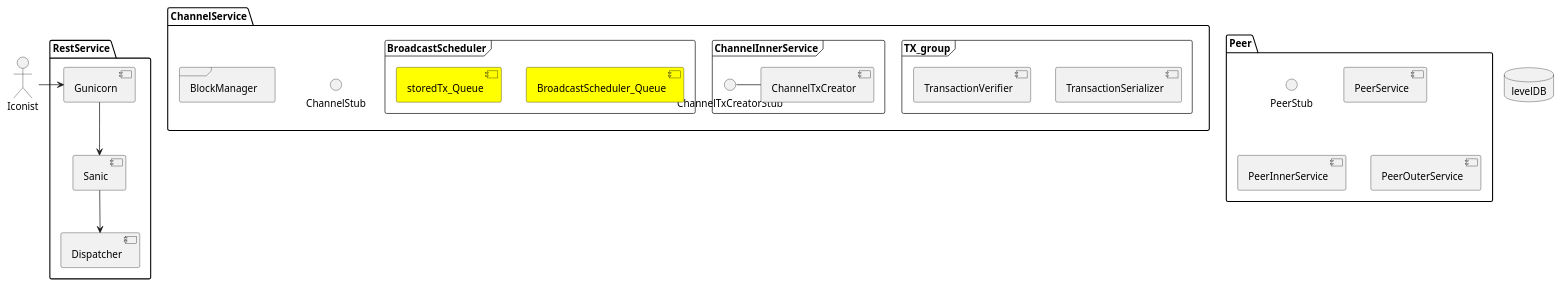
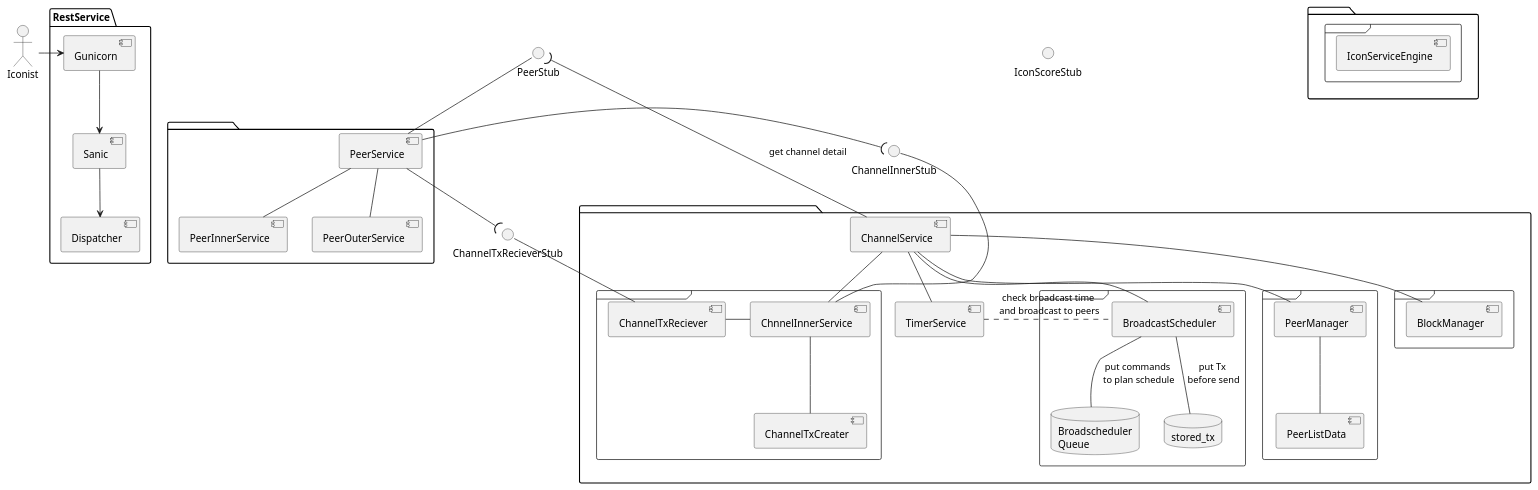
Before and after one commit to metalg0su/studies: the diagram in diagrams/relations/relations-summary.puml, drawn with PlantUML.

Commit message:
[feature/relations] done #113
 - understanding Broadscheduler relations
 - on-going #103

```diff
--- a/diagrams/relations/relations-summary.puml
+++ b/diagrams/relations/relations-summary.puml
@@ -1,145 +1,199 @@
 @startuml
+
+'legend
+'    |= Color |= Type |= Description |
+'    | <size:11><back:#Crimson>           </back></size>|    <&arrow-right> | Example 1 |
+'    | <size:11><back:#LightSeaGreen>           </back></size>|    <&arrow-right> | Example 2 |
+'    | <size:11><back:#DarkGreen>           </back></size>|    <&arrow-right> | Example 3 |
+'    | <size:11><back:#YellowGreen>           </back></size>|    <&box> | Example 4 |
+'    | <size:11><back:#Chocolate>           </back></size>|    <&box> | Example 5 |
+'endlegend
 
 actor Iconist as user
 
 package "RestService" {
     user -right-> [Gunicorn]
     [Gunicorn] -down-> [Sanic]
     [Sanic] -down-> [Dispatcher]
 }
 
-database levelDB
-
-package "Peer" {
-    () PeerStub
-    ' todo: frame or component. will be decided by passing times.
+' Peer
+() PeerStub
+package {
     [PeerService]
-    [PeerInnerService]
-    [PeerOuterService]
+    PeerStub -down- [PeerService]
+    [PeerService] -down- [PeerInnerService]
+    [PeerService] -down- [PeerOuterService]
 }
 
+' Channel
+package {
+        [PeerStub] )-down- [ChannelService]: get channel detail
+        [ChannelService]
+        [ChannelService] -down- [TimerService]
 
-    package "ChannelService" {
-        () ChannelStub
-        frame TX_group {
-            [TransactionSerializer]
-            [TransactionVerifier]
+        ' ChannelInnerService
+        frame {
+            [ChannelService] -down- [ChnnelInnerService]
+            [ChnnelInnerService] -left- [ChannelTxReciever]
+            [ChnnelInnerService] -down- [ChannelTxCreater]
         }
-'        [ChannelStateMachine]
-'        [TimerService]
-'
-        frame "ChannelInnerService" {
-            () ChannelTxCreatorStub - [ChannelTxCreator]
-'            [ChannelTxReceiver]
+
+        ' PeerManager
+        frame {
+            [ChannelService] -down- [PeerManager]
+            [PeerManager] -down- [PeerListData]
         }
-'
-        frame "BlockManager" {
-'            [txQueue] #Yellow
-'            [unconfirmedBlockQueue] #Yellow
-'            [BlockChain]
-'            [BlockVersioner]
-'            [TransactionVersioner]
-'            [BlockGenerationScheduler]
-'            [BlockGenerationScheduler-Queue] #Yellow
+
+        ' Broadcast
+        frame {
+            [BroadcastScheduler]
+
+            [ChannelService] -down- [BroadcastScheduler]
+            [TimerService] .right. [BroadcastScheduler]: check broadcast time\n and broadcast to peers
+
+            database "Broadscheduler\nQueue" as BS_q
+            database "stored_tx" as tx_q
+            [BroadcastScheduler] -down- BS_q: put commands\n to plan schedule
+            [BroadcastScheduler] -down- tx_q: put Tx\n before send
         }
-'
-        frame "BroadcastScheduler" {
-            [BroadcastScheduler_Queue] #Yellow
-            [storedTx_Queue] #Yellow
+
+        ' BlockManager
+        frame {
+            [ChannelService] -down- [BlockManager]
+        }
 
 
-        }
-'
-'        frame "PeerM" {
-'            [PeerManager]
-'            [PeerListData]
-'        }
-'    }
-'
-    }
+}
 
-'    package "IconScoreService" {
-'        () IconScoreStub
-'        frame InnerService {
-'            [IconServiceEngine]
+'' connections
+[PeerService] -right-( () ChannelInnerStub
+() ChannelInnerStub -- [ChnnelInnerService]
+[PeerService] --( () ChannelTxRecieverStub
+() ChannelTxRecieverStub -down- [ChannelTxReciever]
+
+
+'database levelDB
+
+'PeerService --( () IconScoreStub
+
+'() ChannelServiceStub
+'package {
+'    ChannelServiceStub -down- [ChannelService]
+'        frame {
+'            ChannelService - [BlockManager]
+''            [txQueue] #Yellow
+''            [unconfirmedBlockQueue] #Yellow
+''            [BlockChain]
+''            [BlockVersioner]
+''            [TransactionVersioner]
+''            [BlockGenerationScheduler]
+''            [BlockGenerationScheduler-Queue] #Yellow
 '        }
 '
-'' }
+''        () ChannelTxCreatorStub - [ChannelTxCreator]
+''        () ChannelTxReceiverStub - [ChannelTxReceiver]
+''
+''        [ChannelStateMachine]
+''        [TimerService]
+'    }
+
+
+'        frame {
+'            control TransactionSerializer
+'            control TransactionVerifier
+'        }
+
+
+''
+'        frame "BroadcastScheduler" {
+'            [BroadcastScheduler_Queue] #Yellow
+'            [storedTx_Queue] #Yellow
 '
+'
+'        }
+
+
+() IconScoreStub
+package {
+    frame {
+        [IconServiceEngine]
+}
+
 '' ====================
 '' ==  RELATIONSHIP  ==
 '' ====================
 ''
 'Iconist --> Gunicorn: Entry point (../api/v3/)
 'Dispatcher --> IconScoreStub: validation_transaction
 'IconScoreStub --> IconServiceEngine: some links
 'Dispatcher <-- IconScoreStub: response_to_json_query
 '
 'Dispatcher --> ChannelTxCreatorStub: create_icx_tx
 'ChannelTxCreator --> TransactionSerializer: serialize with tx_version
 'ChannelTxCreator <-- TransactionSerializer: return Transaction Object
 'ChannelTxCreator --> TransactionVerifier: give Tx Object and verify it
 '' + pre_validate Tx...
 'ChannelTxCreator --> BroadcastScheduler: comm: CREATE_TX
 'Dispatcher <-- ChannelTxCreatorStub: response tx_hash with status code.
 '
 'Iconist <-- Gunicorn: response json result..
 '
 ''------------------------------------------
 '
 'BroadcastScheduler --> BroadcastScheduler_Queue: schedule Broadcast order
 'BroadcastScheduler --> storedTx_Queue: put tx_item
 'BroadcastScheduler --> gRPC: send Tx to Peer subscribed?
 'gRPC --> PeerStub
 '
 ''Rest
 'RestService - PeerService
 'RestService - ChannelService
 'RestService - ChannelTxCreator
 'RestService - IconScoreService
 '
 '' PeerService
 'PeerService -up- levelDB
 'PeerInnerService -up- CommonService
 'PeerOuterService -up- CommonService
 'PeerService - ChannelService
 '
 'CommonService - gRPC
 'CommonService - rabbitMQ
 '
 '' ChannelService
 'ChannelService - PeerInnerService
 'ChannelService - BlockManager
 'ChannelService - BroadcastScheduler
 'ChannelService - TimerService
 '' ChannelService - NodeSubscriber
 'ChannelService - ChannelInnerService
 'ChannelService - ChannelStateMachine
 '
 '
 'BlockManager - levelDB
 'BlockManager - txQueue
 'BlockManager - unconfirmedBlockQueue
 'BlockManager - BlockChain
 'BlockManager - BlockGenerationScheduler
 '
 'BlockGenerationScheduler - BlockGenerationScheduler_Queue
 '
 '' ChannelInnerService - rabbitMQ
 'ChannelInnerService - TransactionVersioner
 'ChannelInnerService - BroadcastScheduler
 'ChannelInnerService - ChannelTxCreator
 'ChannelInnerService - ChannelTxReceiver
 '
 'PeerManager - ChannelService
 'PeerManager - PeerListData
 '
 'BlockChain - BlockVersioner
 'BlockChain - TransactionVersioner
 'BlockChain - levelDB
 '
 'BroadcastScheduler - TimerService
 'BroadcastScheduler - PeerOuterService
 '
 
 @enduml
```
